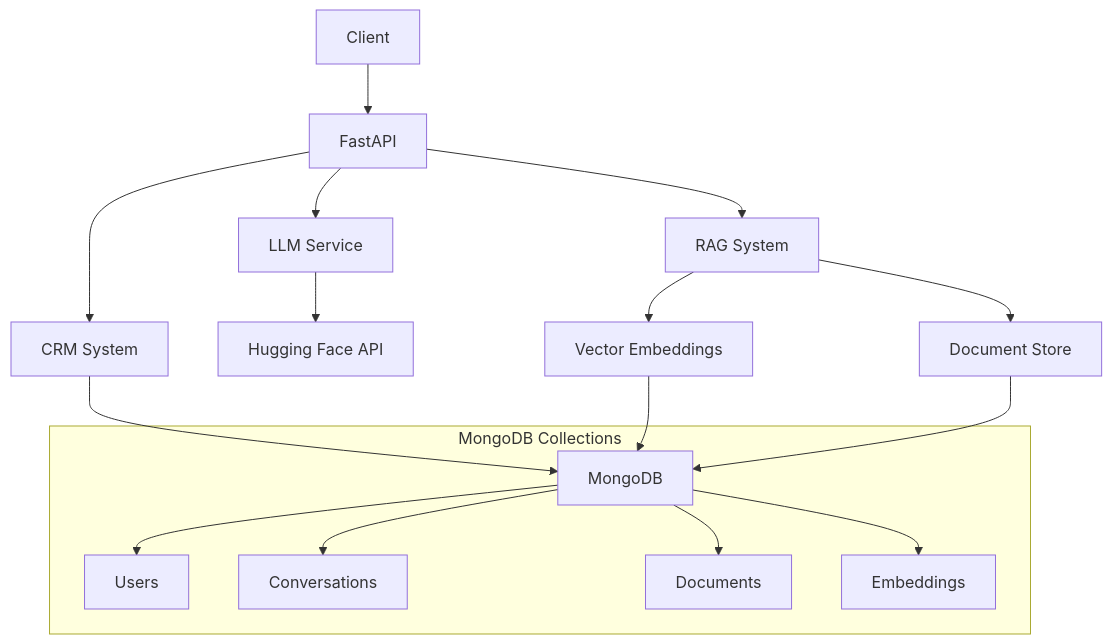
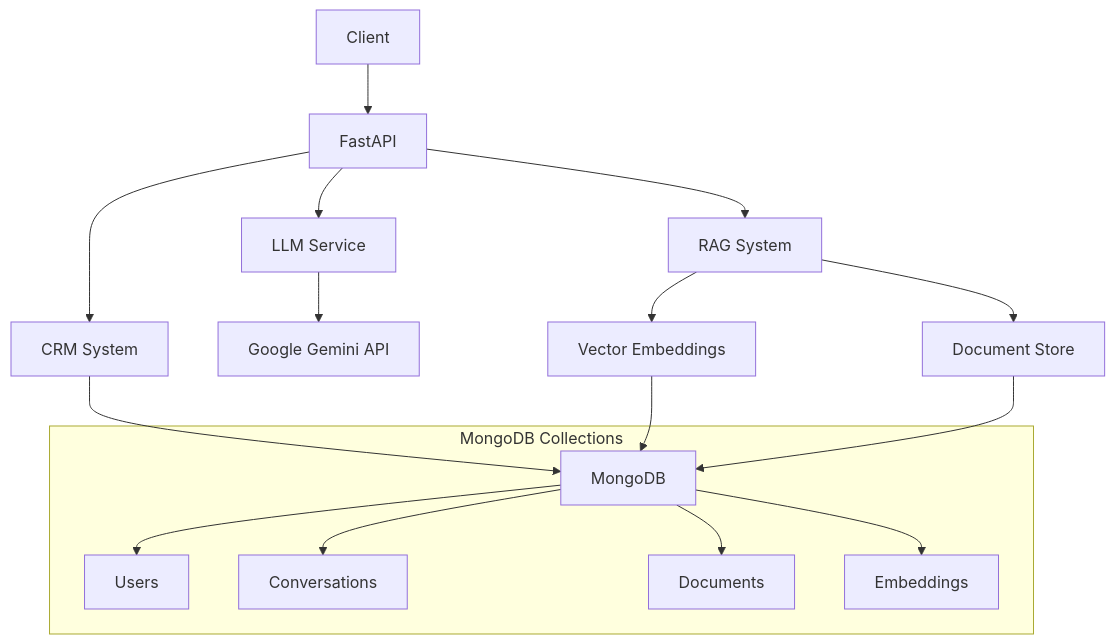
The diagram in README.md (bobwen0205/Multi-Agentic-Conversational-AI-System-with-Gemini-AI), drawn with Mermaid before and after one commit. The commit also changed other lines of this file and 1 other file, not shown here.

````diff
--- a/README.md
+++ b/README.md
@@ -30,22 +30,22 @@
 ```mermaid
 graph TD
     A[Client] --> B[FastAPI]
     B --> C[LLM Service]
     B --> D[RAG System]
     B --> E[CRM System]
     
-    C --> F[Hugging Face API]
+    C --> F[Google Gemini API]
     D --> G[Vector Embeddings]
     D --> H[Document Store]
     E --> I[MongoDB]
     
     G --> I
     H --> I
     
     subgraph "MongoDB Collections"
         I --> J[Users]
         I --> K[Conversations]
         I --> L[Documents]
         I --> M[Embeddings]
     end
 ```
````
